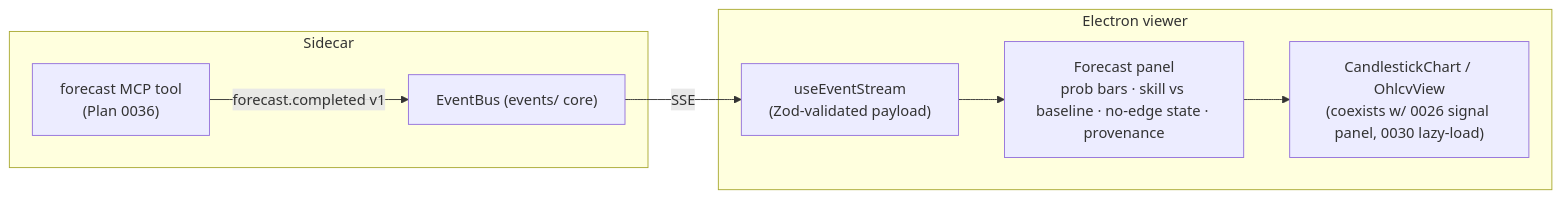
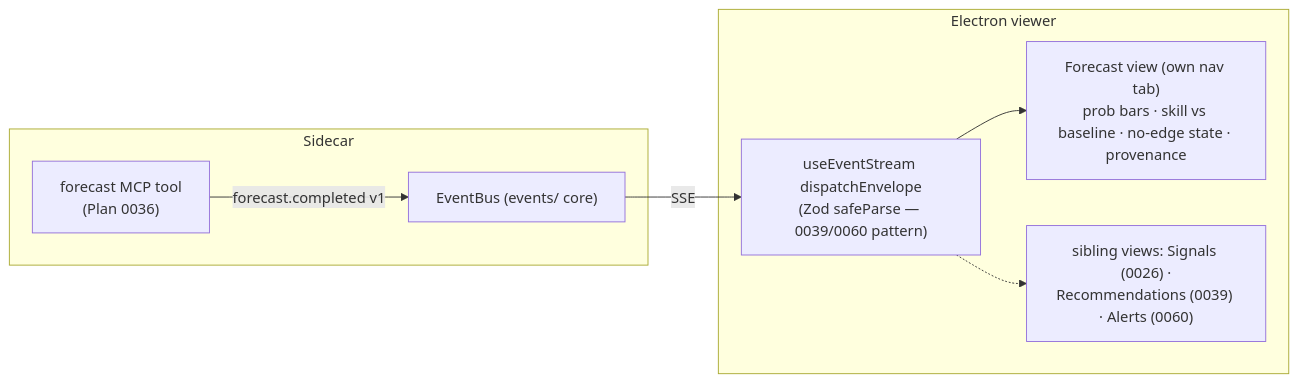
One commit to IgorKonovalov/market-analyzer changed the diagram in docs/architecture/plans/0037-forecast-ui-surface.md. Above: the diagram before and after it, drawn with Mermaid. The commit also changed other lines of this file and 20 other files, not shown here.

First line of the commit message:
docs(architect): actualize all plans, indexes, diagrams and skill contexts

````diff
--- a/docs/architecture/plans/0037-forecast-ui-surface.md
+++ b/docs/architecture/plans/0037-forecast-ui-surface.md
@@ -23,15 +23,16 @@
 ```mermaid
 flowchart LR
   subgraph sidecar["Sidecar"]
     tool["forecast MCP tool<br/>(Plan 0036)"]
     bus["EventBus (events/ core)"]
     tool -->|forecast.completed v1| bus
   end
   subgraph viewer["Electron viewer"]
-    sse["useEventStream<br/>(Zod-validated payload)"]
-    panel["Forecast panel<br/>prob bars · skill vs baseline · no-edge state · provenance"]
-    chart["CandlestickChart / OhlcvView<br/>(coexists w/ 0026 signal panel, 0030 lazy-load)"]
-    sse --> panel --> chart
+    sse["useEventStream dispatchEnvelope<br/>(Zod safeParse — 0039/0060 pattern)"]
+    panel["Forecast view (own nav tab)<br/>prob bars · skill vs baseline · no-edge state · provenance"]
+    others["sibling views: Signals (0026) ·<br/>Recommendations (0039) · Alerts (0060)"]
+    sse --> panel
+    sse -.-> others
   end
   bus -->|SSE| sse
 ```
````
